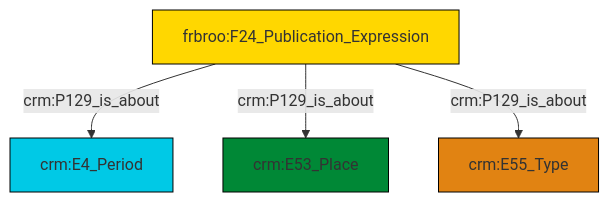
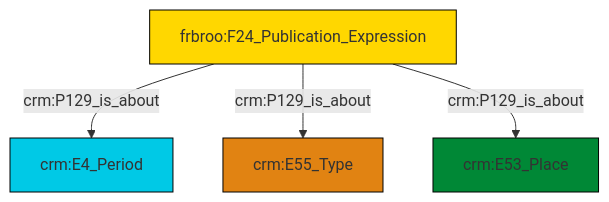
Before and after one commit to swiss-art-research-net/reference-data-models: the diagram in et/biblioCSV/ttl/mmd/biblio_aboutness.ttl.mmd, drawn with Mermaid. The commit also changed 148 other files, not shown here.

```diff
--- a/et/biblioCSV/ttl/mmd/biblio_aboutness.ttl.mmd
+++ b/et/biblioCSV/ttl/mmd/biblio_aboutness.ttl.mmd
@@ -1,18 +1,18 @@
 graph TD
 classDef Literal fill:#f2f2f2,stroke:#000000;
 classDef CRM_Entity fill:#FFFFFF,stroke:#000000;
 classDef Temporal_Entity fill:#00C9E6, stroke:#000000;
 classDef Type fill:#E18312, stroke:#000000;
 classDef Time-Span fill:#2C9C91, stroke:#000000;
 classDef Appellation fill:#FFEB7F, stroke:#000000;
 classDef Place fill:#008836, stroke:#000000;
 classDef Persistent_Item fill:#B266B2, stroke:#000000;
 classDef Conceptual_Object fill:#FFD700, stroke:#000000;
 classDef Physical_Thing fill:#D2B48C, stroke:#000000;
 classDef Actor fill:#f58aad, stroke:#000000;
 classDef PC_Classes fill:#4ce600, stroke:#000000;
 classDef Multi fill:#cccccc,stroke:#000000;
 
-2["frbroo:F24_Publication_Expression"]:::Conceptual_Object -->|crm:P129_is_about| 3["crm:E4_Period"]:::Temporal_Entity
-2["frbroo:F24_Publication_Expression"]:::Conceptual_Object -->|crm:P129_is_about| 5["crm:E53_Place"]:::Place
-2["frbroo:F24_Publication_Expression"]:::Conceptual_Object -->|crm:P129_is_about| 0["crm:E55_Type"]:::Type
+0["frbroo:F24_Publication_Expression"]:::Conceptual_Object -->|crm:P129_is_about| 1["crm:E4_Period"]:::Temporal_Entity
+0["frbroo:F24_Publication_Expression"]:::Conceptual_Object -->|crm:P129_is_about| 2["crm:E55_Type"]:::Type
+0["frbroo:F24_Publication_Expression"]:::Conceptual_Object -->|crm:P129_is_about| 5["crm:E53_Place"]:::Place
```
